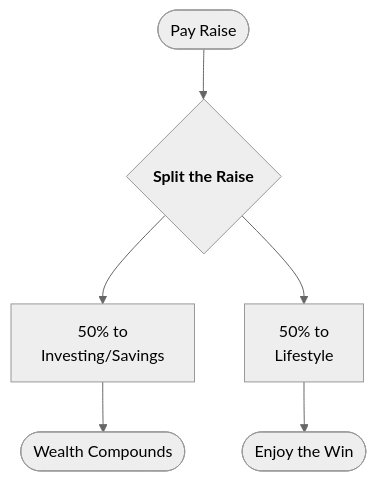
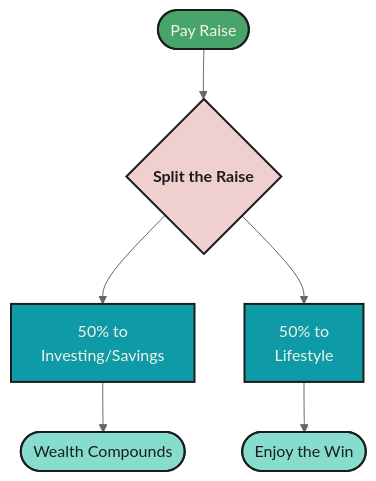
Before and after one commit to mjfrigaard/fm-finance: the second of 2 diagrams in income.qmd, drawn with Mermaid. The commit also changed other lines of this file and 5 other files, not shown here.

Commit message:
updates to mermaid

````diff
--- a/income.qmd
+++ b/income.qmd
@@ -113,12 +120,18 @@
 ```{mermaid}
 %%| fig-cap: 'Interactive debugger with `browser()` or breakpoint'
 %%| fig-align: center
 %%{init: {'theme': 'neutral', 'themeVariables': { 'fontFamily': 'monospace', "fontSize":"16px"}}}%%
 
 flowchart TD
     Raise(["Pay Raise"]) --> Split{"<strong>Split the Raise</strong>"}
     Split --> HalfInvest["50% to<br>Investing/Savings"]
     Split --> HalfLifestyle["50% to<br>Lifestyle"]
     HalfInvest --> WealthGrows(["Wealth Compounds"])
     HalfLifestyle --> EnjoyNow(["Enjoy the Win"])
+    style Raise fill:#48a56a,color:#F5F2E8,stroke:#1C1C1E,stroke-width:2px
+    style Split fill:#f0cfcf,color:#1C1C1E,stroke:#1C1C1E,stroke-width:2px
+    style HalfInvest fill:#0e9aa7,color:#F5F2E8,stroke:#1C1C1E,stroke-width:2px
+    style HalfLifestyle fill:#0e9aa7,color:#F5F2E8,stroke:#1C1C1E,stroke-width:2px
+    style WealthGrows fill:#86ddcd,color:#1C1C1E,stroke:#1C1C1E,stroke-width:2px
+    style EnjoyNow fill:#86ddcd,color:#1C1C1E,stroke:#1C1C1E,stroke-width:2px
 ```
````
